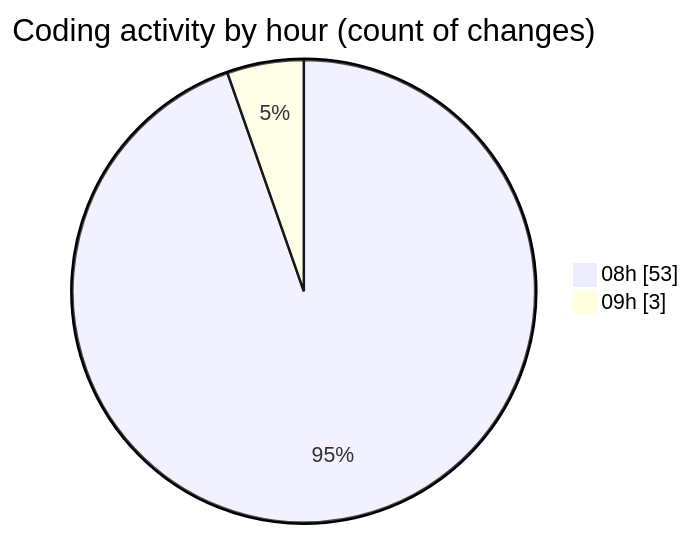
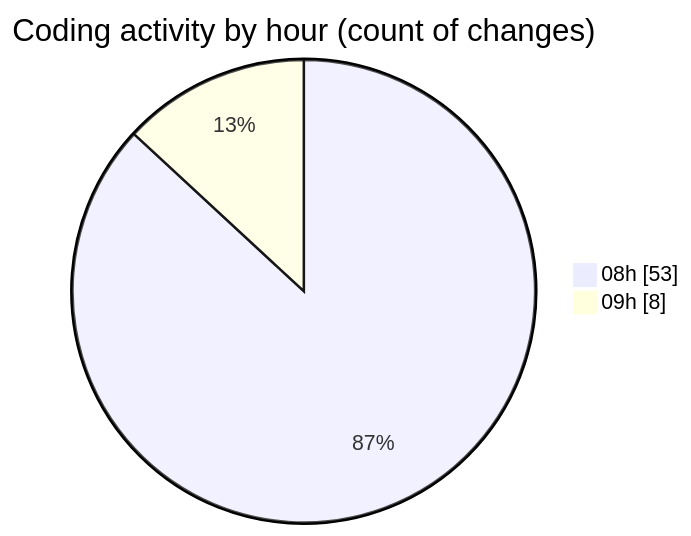
The second of 2 diagrams in 2026-05-01/cda/README.md (momahboobian/code-tracking), drawn with Mermaid before and after one commit. The commit also changed other lines of this file and 1 other file, not shown here.

````diff
--- a/2026-05-01/cda/README.md
+++ b/2026-05-01/cda/README.md
@@ -72,6 +72,6 @@
 ```mermaid
 pie showData
 title Coding activity by hour (count of changes)
 "08h" : 53
-"09h" : 3
+"09h" : 8
 ```
````
